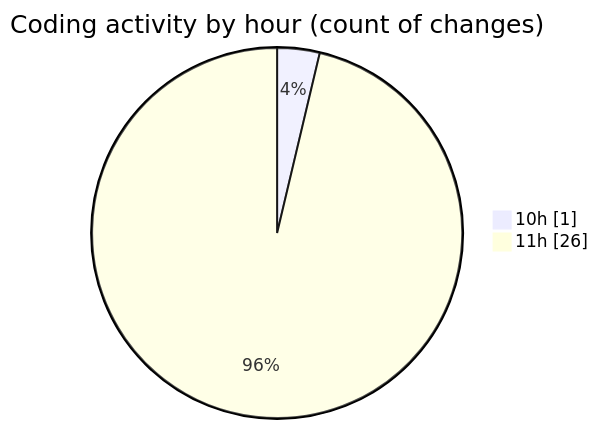
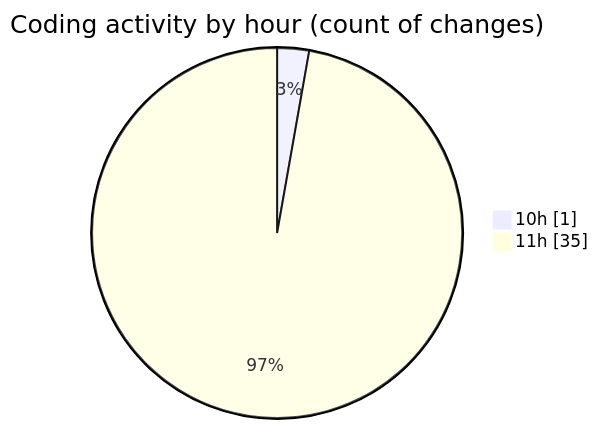
One commit to nxtqubesakshisongat/code-tracking changed the second of 2 diagrams in 2025-06-25/nxtqube_webapp/README.md. Above: the diagram before and after it, drawn with Mermaid. The commit also changed other lines of this file and 1 other file, not shown here.

````diff
--- a/2025-06-25/nxtqube_webapp/README.md
+++ b/2025-06-25/nxtqube_webapp/README.md
@@ -32,6 +33,6 @@
 ```mermaid
 pie showData
 title Coding activity by hour (count of changes)
 "10h" : 1
-"11h" : 26
+"11h" : 35
 ```
````
